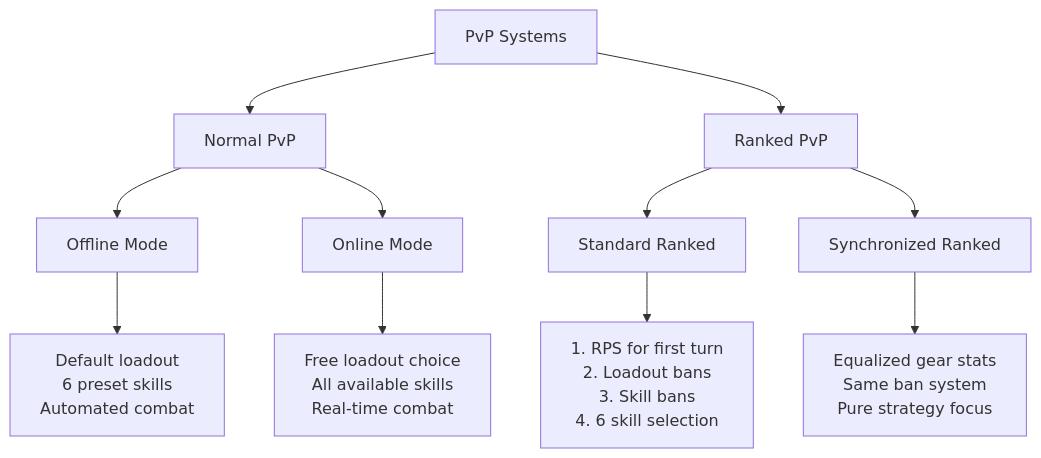
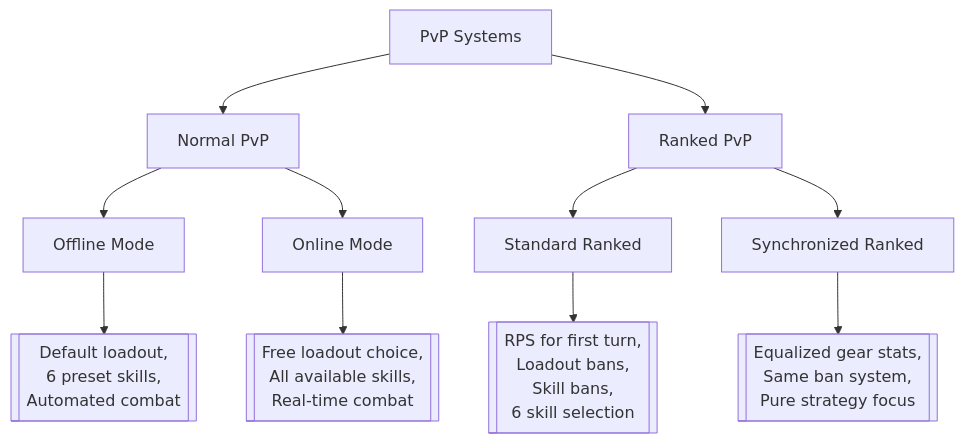
The third of 12 diagrams in README.md (Yuozas/Kyva-Online-Documentation), drawn with Mermaid before and after one commit.

````diff
--- a/README.md
+++ b/README.md
@@ -126,30 +126,30 @@
 ```mermaid
 flowchart TB
     PvP[PvP Systems]
     
     PvP --> Normal[Normal PvP]
     PvP --> Ranked[Ranked PvP]
     
     Normal --> Offline[Offline Mode]
     Normal --> Online[Online Mode]
     
-    Offline --> OfflineFeatures["Default loadout
-    6 preset skills
-    Automated combat"]
+    Offline --> OfflineFeatures[["Default loadout,
+    6 preset skills,
+    Automated combat"]]
     
-    Online --> OnlineFeatures["Free loadout choice
-    All available skills
-    Real-time combat"]
+    Online --> OnlineFeatures[["Free loadout choice,
+    All available skills,
+    Real-time combat"]]
     
     Ranked --> RankedNormal[Standard Ranked]
     Ranked --> RankedSync[Synchronized Ranked]
     
-    RankedNormal --> RankedProcess["1. RPS for first turn
-    2. Loadout bans
-    3. Skill bans
-    4. 6 skill selection"]
+    RankedNormal --> RankedProcess[["RPS for first turn,
+    Loadout bans,
+    Skill bans,
+    6 skill selection"]]
     
-    RankedSync --> SyncFeatures["Equalized gear stats
-    Same ban system
-    Pure strategy focus"]
+    RankedSync --> SyncFeatures[["Equalized gear stats,
+    Same ban system,
+    Pure strategy focus"]]
 ```
````
